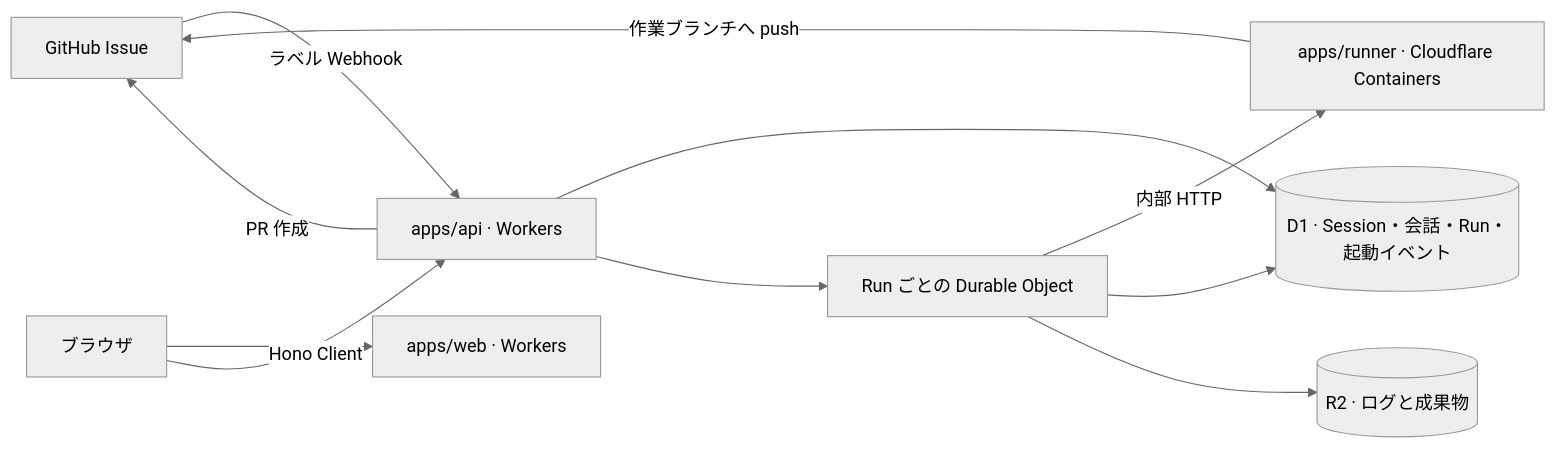
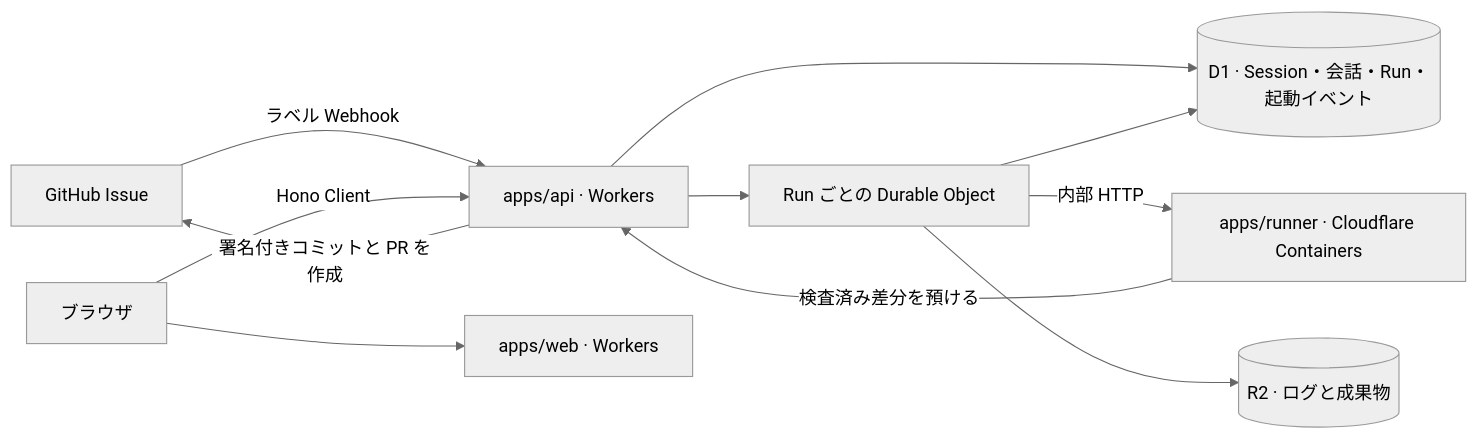
The first of 2 diagrams in docs/design.md (suzuki3jp/tailos), drawn with Mermaid (neutral theme) before and after one commit. The commit also changed other lines of this file and 20 other files, not shown here.

````diff
--- a/docs/design.md
+++ b/docs/design.md
@@ -22,13 +22,13 @@
 ```mermaid
 flowchart LR
     GitHub[GitHub Issue] -->|ラベル Webhook| API[apps/api · Workers]
     Browser[ブラウザ] --> Web[apps/web · Workers]
     Browser -->|Hono Client| API
     API --> D1[(D1 · Session・会話・Run・起動イベント)]
     API --> DO[Run ごとの Durable Object]
     DO -->|内部 HTTP| Runner[apps/runner · Cloudflare Containers]
     DO --> D1
     DO --> R2[(R2 · ログと成果物)]
-    Runner -->|作業ブランチへ push| GitHub
-    API -->|PR 作成| GitHub
+    Runner -->|検査済み差分を預ける| API
+    API -->|署名付きコミットと PR を作成| GitHub
 ```
````
